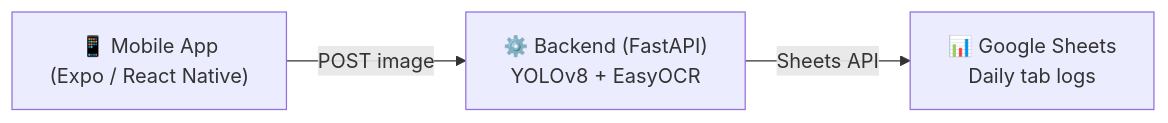
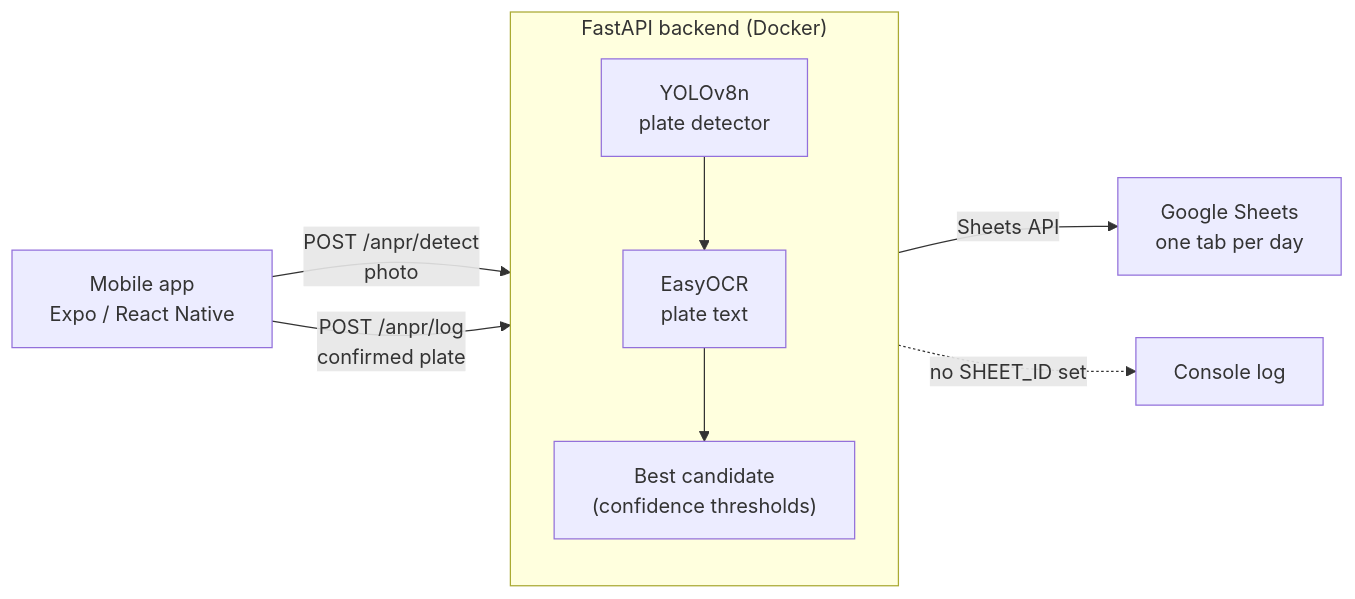
Before and after one commit to mikeee-anderson/anpr-fleet-tool: the diagram in README.md, drawn with Mermaid. The commit also changed other lines of this file and 2 other files, not shown here.

````diff
--- a/README.md
+++ b/README.md
@@ -13,9 +19,12 @@
 ```mermaid
 flowchart LR
-    A["📱 Mobile App\n(Expo / React Native)"]
-    B["⚙️ Backend (FastAPI)\nYOLOv8 + EasyOCR"]
-    C["📊 Google Sheets\nDaily tab logs"]
-
-    A -->|POST image| B
-    B -->|Sheets API| C
+    A["Mobile app<br/>Expo / React Native"] -->|"POST /anpr/detect<br/>photo"| B
+    A -->|"POST /anpr/log<br/>confirmed plate"| B
+    subgraph B["FastAPI backend (Docker)"]
+        direction TB
+        D["YOLOv8n<br/>plate detector"] --> O["EasyOCR<br/>plate text"]
+        O --> P["Best candidate<br/>(confidence thresholds)"]
+    end
+    B -->|"Sheets API"| C["Google Sheets<br/>one tab per day"]
+    B -.->|"no SHEET_ID set"| L["Console log"]
 ```
````
